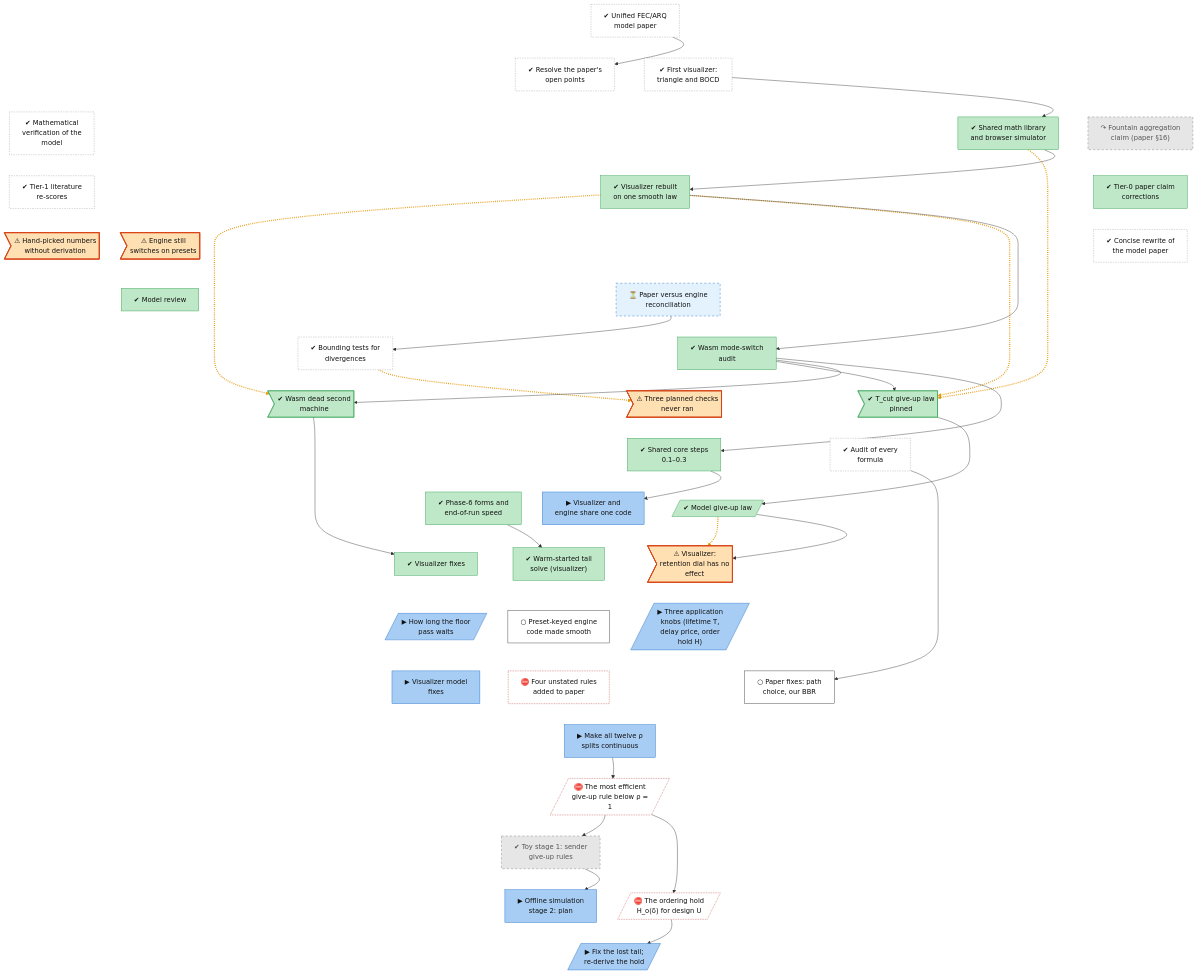
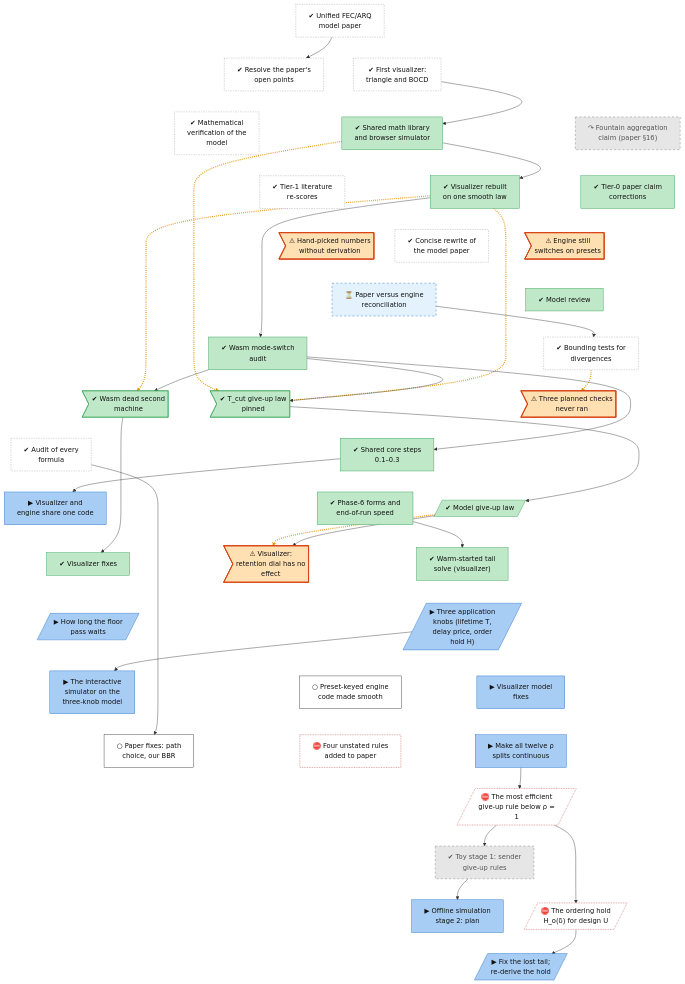
Before and after one commit to lhns/raptorpath: the diagram in docs/roadmap/tracks/model.md, drawn with Mermaid. The commit also changed other lines of this file and 3 other files, not shown here.

Commit message:
roadmap: three-knob stage 3d and the interactive simulator plan started

````diff
--- a/docs/roadmap/tracks/model.md
+++ b/docs/roadmap/tracks/model.md
@@ -38,6 +38,7 @@
     model_warm_start["✔ Warm-started tail<br/>solve (visualizer)"]
     model_floor_hold[/"▶ How long the floor<br/>pass waits"/]
     model_three_knobs[/"▶ Three application<br/>knobs (lifetime T,<br/>delay price, order<br/>hold H)"/]
+    model_viz_three_knobs["▶ The interactive<br/>simulator on the<br/>three-knob model"]
     model_fix_hint_keyed_paths["○ Preset-keyed engine<br/>code made smooth"]
     model_wasm_fixes["▶ Visualizer model<br/>fixes"]
     model_fix_paper_p2["○ Paper fixes: path<br/>choice, our BBR"]
@@ -78,13 +79,15 @@
     model_giveup_law ~~~ model_warm_start
     model_viz_fix ~~~ model_floor_hold
     model_defect_rho_inert ~~~ model_three_knobs
-    model_warm_start ~~~ model_fix_hint_keyed_paths
-    model_floor_hold ~~~ model_wasm_fixes
-    model_three_knobs ~~~ model_fix_paper_p2
+    model_warm_start ~~~ model_three_knobs
+    model_floor_hold ~~~ model_viz_three_knobs
+    model_three_knobs ~~~ model_fix_hint_keyed_paths
+    model_three_knobs ~~~ model_wasm_fixes
+    model_viz_three_knobs ~~~ model_fix_paper_p2
     model_fix_hint_keyed_paths ~~~ model_fix_paper_p3
     model_wasm_fixes ~~~ model_rho_step_sites
-    model_fix_paper_p2 ~~~ model_rho_step_sites
-    model_fix_paper_p3 ~~~ model_rho_step_sites
+    model_fix_paper_p2 ~~~ model_skip_rule_efficiency
+    model_fix_paper_p3 ~~~ model_skip_rule_efficiency
     model_rho_step_sites ~~~ model_skip_rule_efficiency
     model_skip_rule_efficiency ~~~ model_toy_stage1
     model_toy_stage1 ~~~ model_toy_stage2_plan
@@ -109,13 +112,14 @@
     model_defect_dead_machine --> model_viz_fix
     model_giveup_law --> model_defect_rho_inert
     model_endspeed --> model_warm_start
+    model_three_knobs --> model_viz_three_knobs
     model_law_ledger --> model_fix_paper_p2
     model_rho_step_sites --> model_skip_rule_efficiency
     model_skip_rule_efficiency --> model_toy_stage1
     model_toy_stage1 --> model_toy_stage2_plan
     model_skip_rule_efficiency --> model_ordering_hold
     model_ordering_hold --> model_tail_and_hold
-    linkStyle 45,47,48,50,57 stroke:#e69500,stroke-width:3px,stroke-dasharray:2 3
+    linkStyle 47,49,50,52,59 stroke:#e69500,stroke-width:3px,stroke-dasharray:2 3
     classDef vsucc fill:#2e9e4f,stroke:#1b6b34,color:#fff
     classDef succ fill:#bfe8c8,stroke:#2e9e4f,color:#111
     classDef mixed fill:#ffd37a,stroke:#c98a00,color:#111
@@ -135,7 +139,7 @@
     class model_s16_fountain,model_toy_stage1 dead
     class model_mode_switch_debts,model_open_constants,model_bound_tests_unrun,model_defect_rho_inert finding
     class model_paper_recon waiting
-    class model_shared_core,model_floor_hold,model_three_knobs,model_wasm_fixes,model_rho_step_sites,model_toy_stage2_plan,model_tail_and_hold inprog
+    class model_shared_core,model_floor_hold,model_three_knobs,model_viz_three_knobs,model_wasm_fixes,model_rho_step_sites,model_toy_stage2_plan,model_tail_and_hold inprog
     class model_fix_hint_keyed_paths,model_fix_paper_p2 next
     class model_fix_paper_p3,model_skip_rule_efficiency,model_ordering_hold blocked
 ```
````
